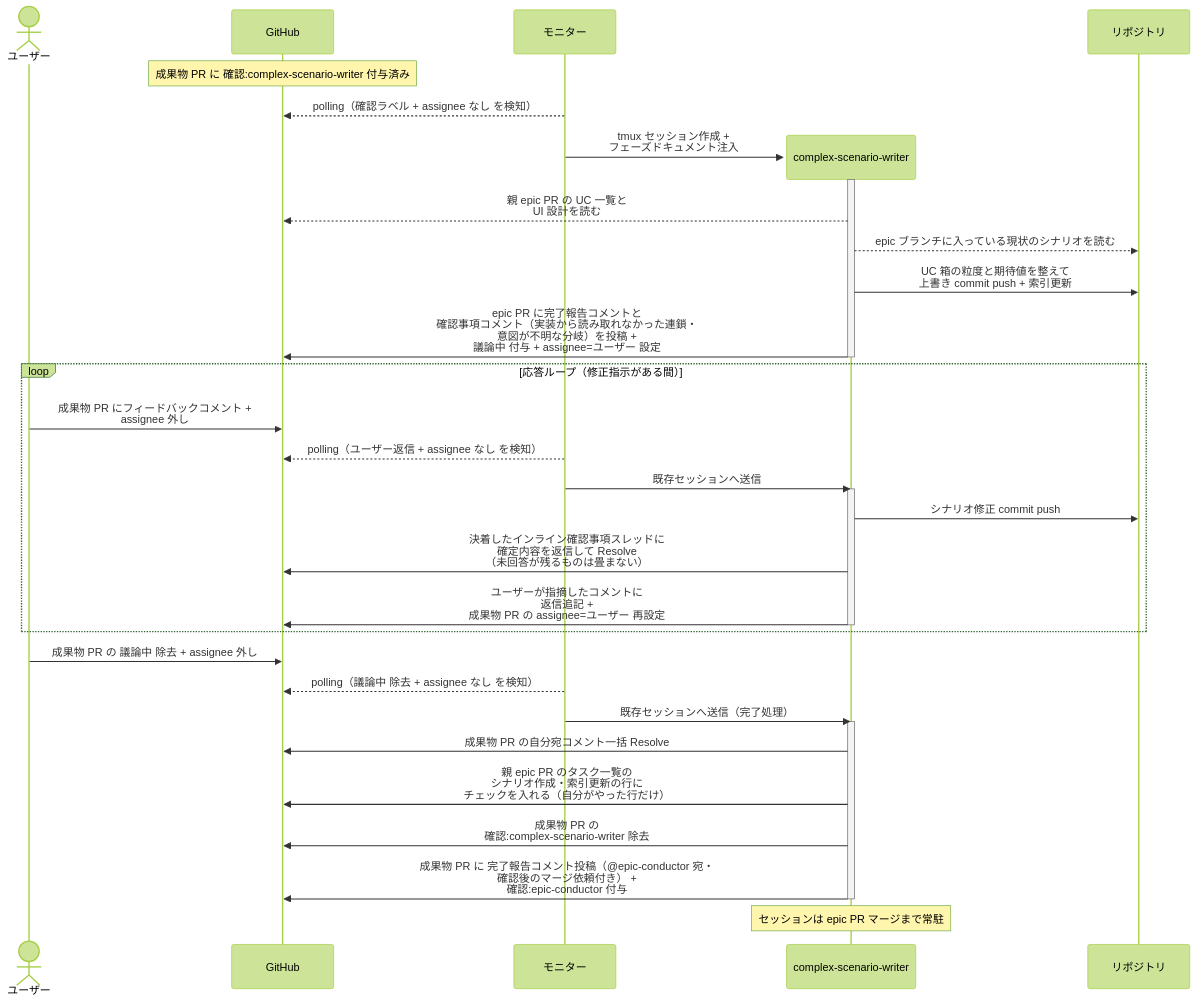
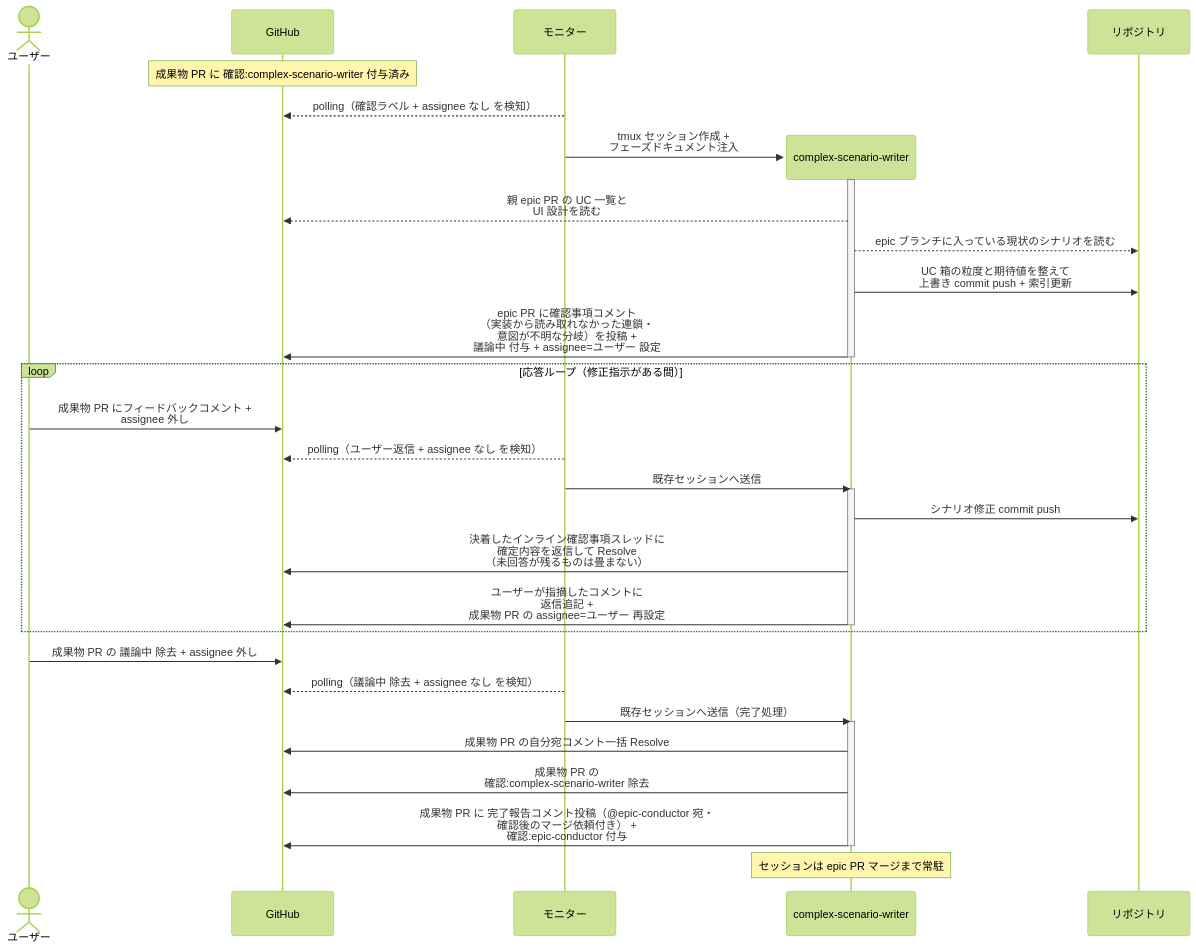
One commit to shuhei1101/ai-monitor changed the third of 3 diagrams in docs/wiki/設計図/シナリオ/単一ユースケース/複合シナリオ設計.md. Above: the diagram before and after it, drawn with Mermaid (forest theme). The commit also changed other lines of this file and 174 other files, not shown here.

````diff
--- a/docs/wiki/設計図/シナリオ/単一ユースケース/複合シナリオ設計.md
+++ b/docs/wiki/設計図/シナリオ/単一ユースケース/複合シナリオ設計.md
@@ -137,40 +138,39 @@
 ```mermaid
 sequenceDiagram
   actor U as ユーザー
   participant GH as GitHub
   participant ORC as モニター
 
   Note over GH: 成果物 PR に 確認:complex-scenario-writer 付与済み
   ORC-->>GH: polling（確認ラベル + assignee なし を検知）
   create participant MON as complex-scenario-writer
   ORC->>MON: tmux セッション作成 +<br>フェーズドキュメント注入
   participant REPO as リポジトリ
   activate MON
   MON-->>GH: 親 epic PR の UC 一覧と<br>UI 設計を読む
   MON-->>REPO: epic ブランチに入っている現状のシナリオを読む
   MON->>REPO: UC 箱の粒度と期待値を整えて<br>上書き commit push + 索引更新
-  MON->>GH: epic PR に完了報告コメントと<br>確認事項コメント（実装から読み取れなかった連鎖・<br>意図が不明な分岐）を投稿 +<br>議論中 付与 + assignee=ユーザー 設定
+  MON->>GH: epic PR に確認事項コメント<br>（実装から読み取れなかった連鎖・<br>意図が不明な分岐）を投稿 +<br>議論中 付与 + assignee=ユーザー 設定
   deactivate MON
 
   loop 応答ループ（修正指示がある間）
     U->>GH: 成果物 PR にフィードバックコメント +<br>assignee 外し
     ORC-->>GH: polling（ユーザー返信 + assignee なし を検知）
     ORC->>MON: 既存セッションへ送信
     activate MON
     MON->>REPO: シナリオ修正 commit push
     MON->>GH: 決着したインライン確認事項スレッドに<br>確定内容を返信して Resolve<br>（未回答が残るものは畳まない）
     MON->>GH: ユーザーが指摘したコメントに<br>返信追記 +<br>成果物 PR の assignee=ユーザー 再設定
     deactivate MON
   end
 
   U->>GH: 成果物 PR の 議論中 除去 + assignee 外し
   ORC-->>GH: polling（議論中 除去 + assignee なし を検知）
   ORC->>MON: 既存セッションへ送信（完了処理）
   activate MON
   MON->>GH: 成果物 PR の自分宛コメント一括 Resolve
-  MON->>GH: 親 epic PR のタスク一覧の<br>シナリオ作成・索引更新の行に<br>チェックを入れる（自分がやった行だけ）
   MON->>GH: 成果物 PR の<br>確認:complex-scenario-writer 除去
   MON->>GH: 成果物 PR に 完了報告コメント投稿（@epic-conductor 宛・<br>確認後のマージ依頼付き） +<br>確認:epic-conductor 付与
   deactivate MON
   Note over MON: セッションは epic PR マージまで常駐
 ```
````
